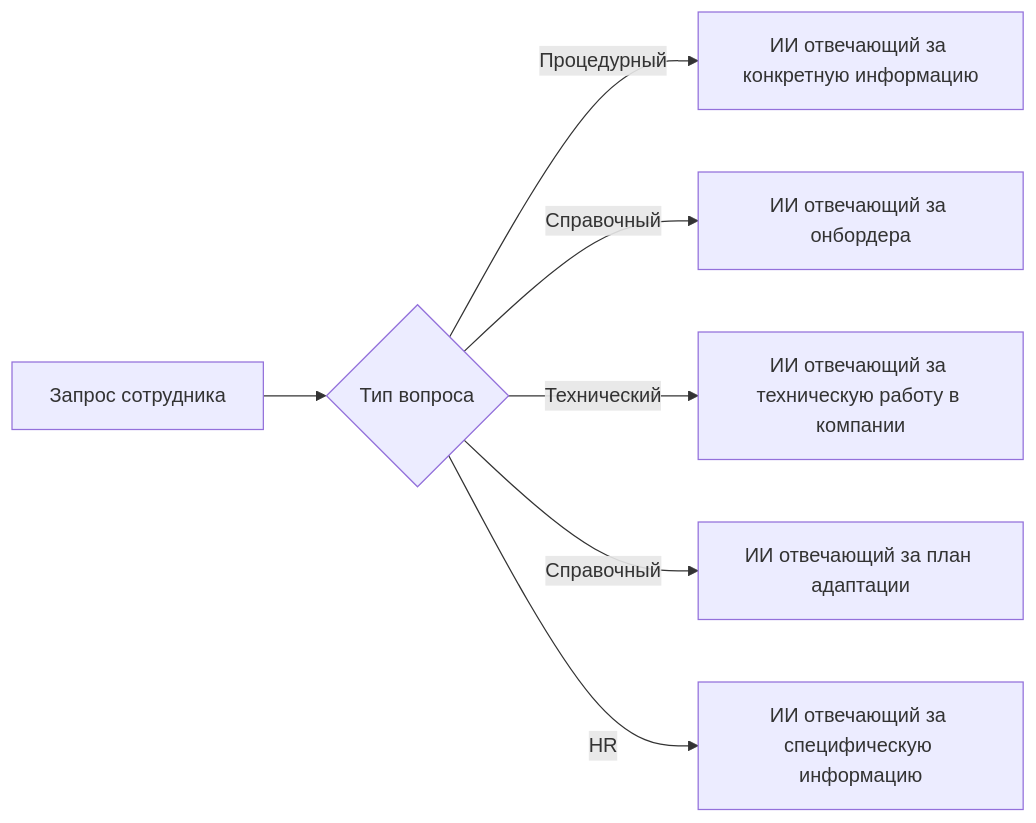
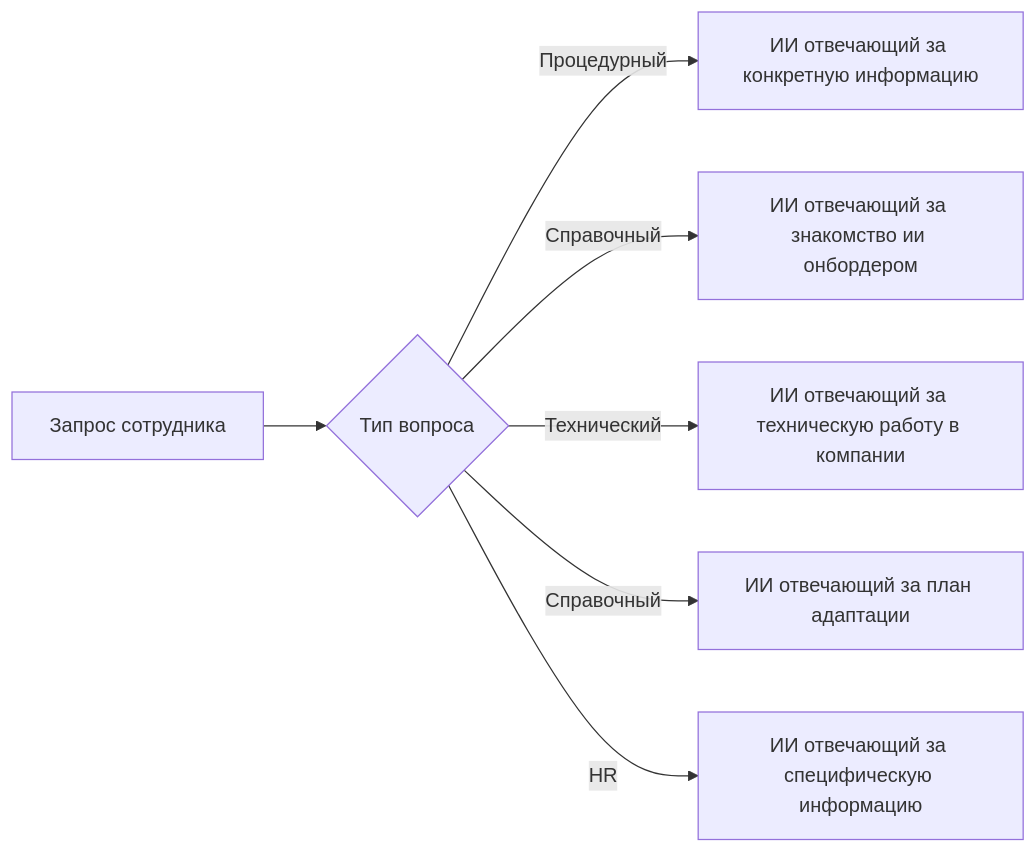
One commit to Namelomax/AIOnborder changed the second of 3 diagrams in AIOnborder/Технические требования.md. Above: the diagram before and after it, drawn with Mermaid. The commit also changed other lines of this file, not shown here.

````diff
--- a/AIOnborder/Технические требования.md
+++ b/AIOnborder/Технические требования.md
@@ -27,9 +28,9 @@
 ```mermaid
 flowchart LR
     A[Запрос сотрудника] --> B{Тип вопроса}
     B -->|Процедурный| C[ИИ отвечающий за конкретную информацию]
-    B -->|Справочный| D[ИИ отвечающий за онбордера]
+    B -->|Справочный| D[ИИ отвечающий за знакомство ии онбордером]
     B -->|Технический| F[ИИ отвечающий за техническую работу в компании]
     B -->|Справочный| G[ИИ отвечающий за план адаптации]
     B -->|HR| E[ИИ отвечающий за специфическую информацию]
 ```
````
